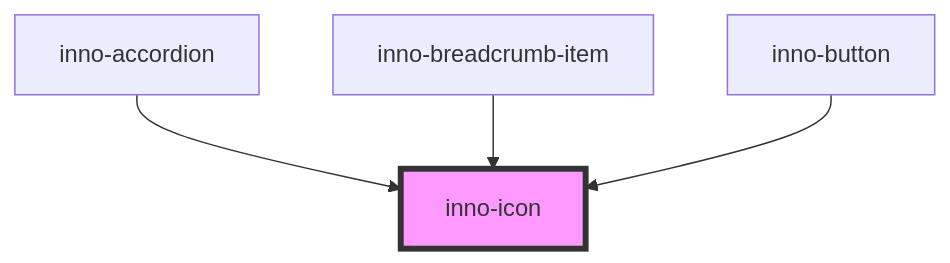
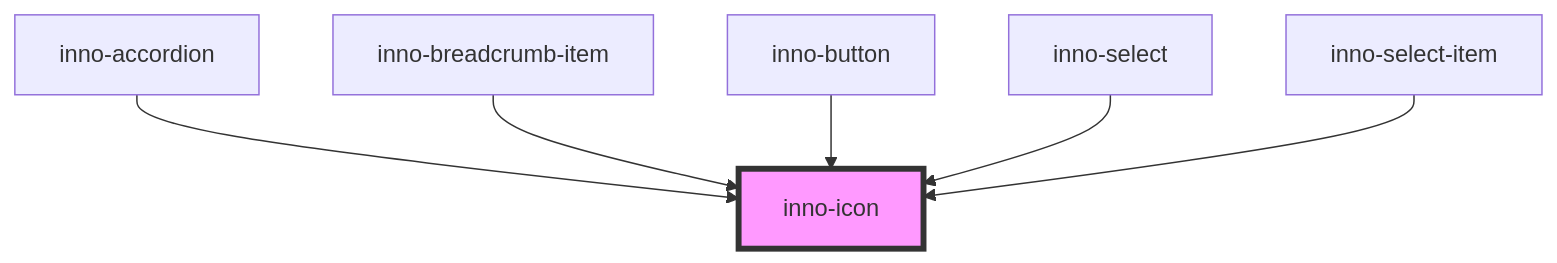
The diagram in packages/stencil-lib/src/components/inno-icon/readme.md (innomotics/brand-experience), drawn with Mermaid before and after one commit. The commit also changed other lines of this file and 26 other files, not shown here.

````diff
--- a/packages/stencil-lib/src/components/inno-icon/readme.md
+++ b/packages/stencil-lib/src/components/inno-icon/readme.md
@@ -26,7 +28,9 @@
 ```mermaid
 graph TD;
   inno-accordion --> inno-icon
   inno-breadcrumb-item --> inno-icon
   inno-button --> inno-icon
+  inno-select --> inno-icon
+  inno-select-item --> inno-icon
   style inno-icon fill:#f9f,stroke:#333,stroke-width:4px
 ```
````
